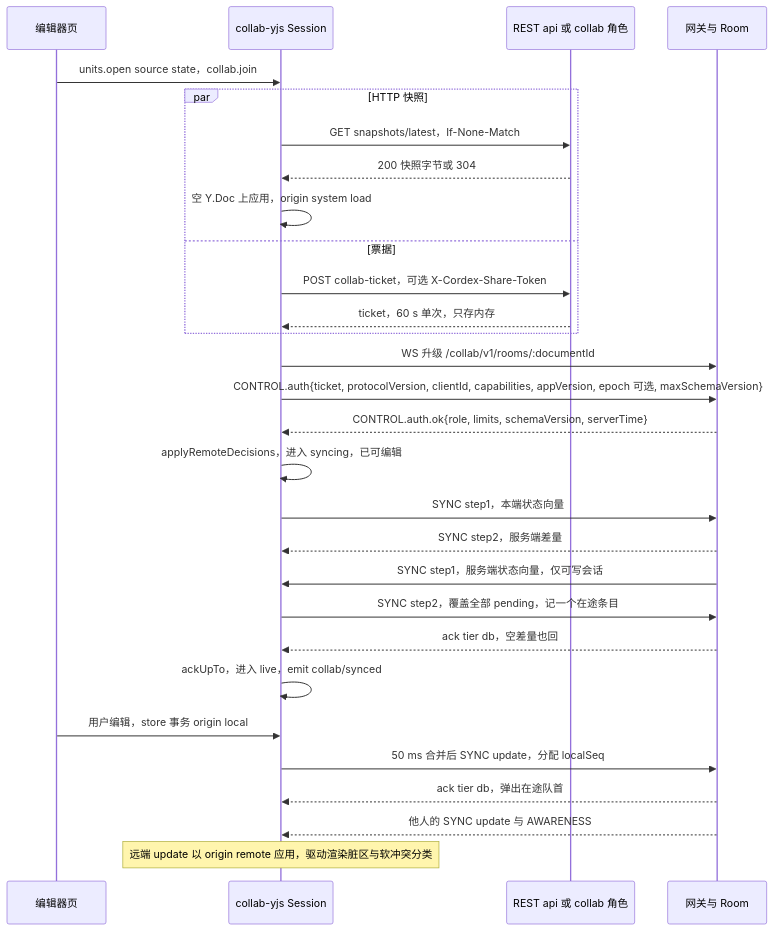
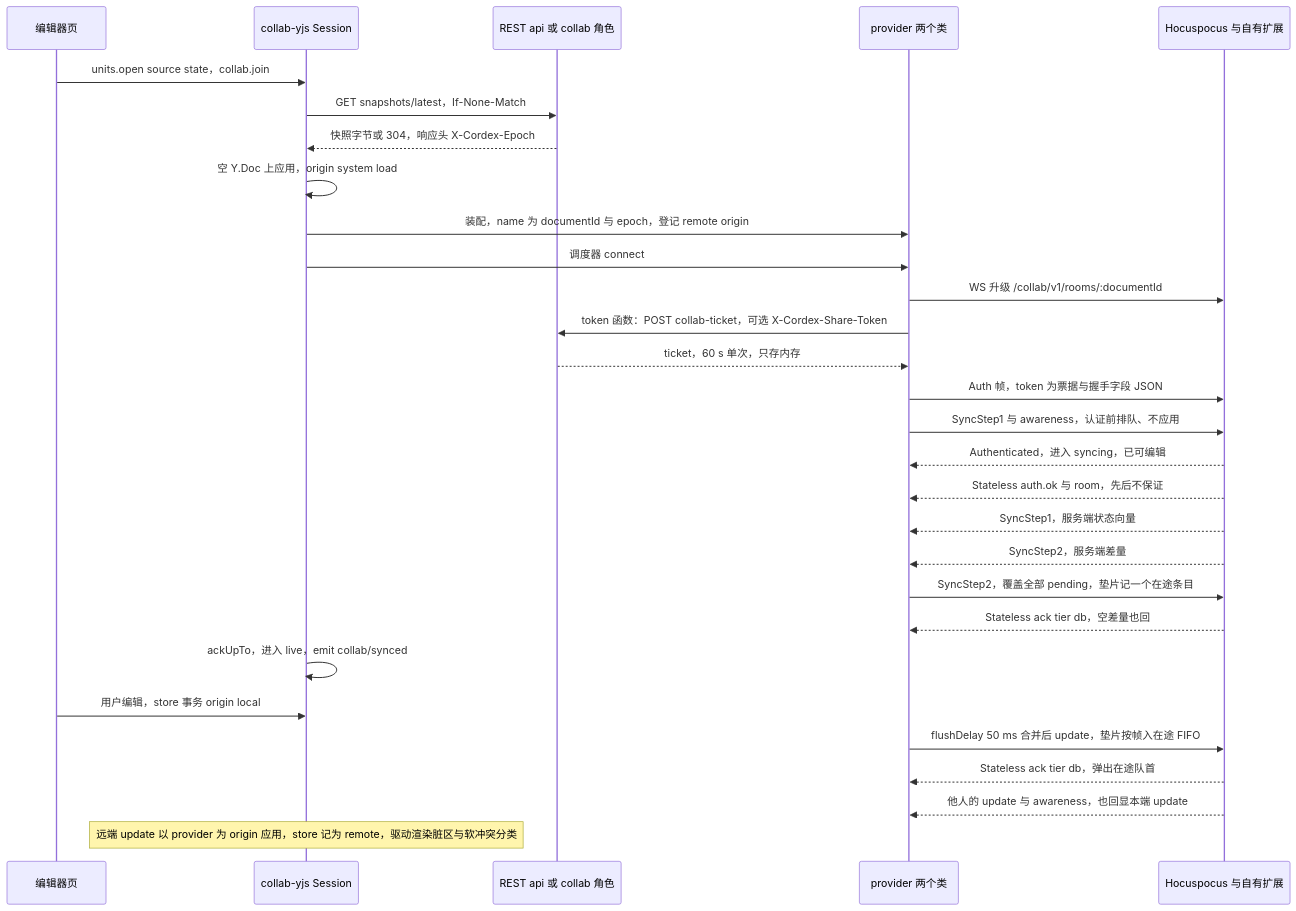
Before and after one commit to Xeonice/cordis-ppt-editor: the second of 13 diagrams in docs/50-frontend/07-collaboration-client.md, drawn with Mermaid. The commit also changed other lines of this file and 22 other files, not shown here.

````diff
--- a/docs/50-frontend/07-collaboration-client.md
+++ b/docs/50-frontend/07-collaboration-client.md
@@ -52,31 +91,31 @@
 ```mermaid
 sequenceDiagram
   participant P as 编辑器页
   participant CY as collab-yjs Session
   participant API as REST api 或 collab 角色
-  participant G as 网关与 Room
+  participant PV as provider 两个类
+  participant G as Hocuspocus 与自有扩展
   P->>CY: units.open source state，collab.join
-  par HTTP 快照
-    CY->>API: GET snapshots/latest，If-None-Match
-    API-->>CY: 200 快照字节或 304
-    CY->>CY: 空 Y.Doc 上应用，origin system load
-  and 票据
-    CY->>API: POST collab-ticket，可选 X-Cordex-Share-Token
-    API-->>CY: ticket，60 s 单次，只存内存
-  end
-  CY->>G: WS 升级 /collab/v1/rooms/:documentId
-  CY->>G: CONTROL.auth{ticket, protocolVersion, clientId, capabilities, appVersion, epoch 可选, maxSchemaVersion}
-  G-->>CY: CONTROL.auth.ok{role, limits, schemaVersion, serverTime}
-  CY->>CY: applyRemoteDecisions，进入 syncing，已可编辑
-  CY->>G: SYNC step1，本端状态向量
-  G-->>CY: SYNC step2，服务端差量
-  G->>CY: SYNC step1，服务端状态向量，仅可写会话
-  CY->>G: SYNC step2，覆盖全部 pending，记一个在途条目
-  G-->>CY: ack tier db，空差量也回
+  CY->>API: GET snapshots/latest，If-None-Match
+  API-->>CY: 快照字节或 304，响应头 X-Cordex-Epoch
+  CY->>CY: 空 Y.Doc 上应用，origin system load
+  CY->>PV: 装配，name 为 documentId 与 epoch，登记 remote origin
+  CY->>PV: 调度器 connect
+  PV->>G: WS 升级 /collab/v1/rooms/:documentId
+  PV->>API: token 函数：POST collab-ticket，可选 X-Cordex-Share-Token
+  API-->>PV: ticket，60 s 单次，只存内存
+  PV->>G: Auth 帧，token 为票据与握手字段 JSON
+  PV->>G: SyncStep1 与 awareness，认证前排队、不应用
+  G-->>PV: Authenticated，进入 syncing，已可编辑
+  G-->>PV: Stateless auth.ok 与 room，先后不保证
+  G-->>PV: SyncStep1，服务端状态向量
+  G-->>PV: SyncStep2，服务端差量
+  PV->>G: SyncStep2，覆盖全部 pending，垫片记一个在途条目
+  G-->>PV: Stateless ack tier db，空差量也回
   CY->>CY: ackUpTo，进入 live，emit collab/synced
   P->>CY: 用户编辑，store 事务 origin local
-  CY->>G: 50 ms 合并后 SYNC update，分配 localSeq
-  G-->>CY: ack tier db，弹出在途队首
-  G-->>CY: 他人的 SYNC update 与 AWARENESS
-  Note over CY: 远端 update 以 origin remote 应用，驱动渲染脏区与软冲突分类
+  PV->>G: flushDelay 50 ms 合并后 update，垫片按帧入在途 FIFO
+  G-->>PV: Stateless ack tier db，弹出在途队首
+  G-->>PV: 他人的 update 与 awareness，也回显本端 update
+  Note over CY: 远端 update 以 provider 为 origin 应用，store 记为 remote，驱动渲染脏区与软冲突分类
 ```
````
